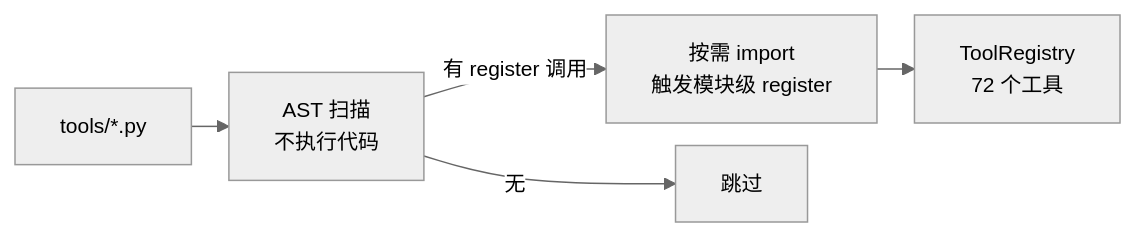
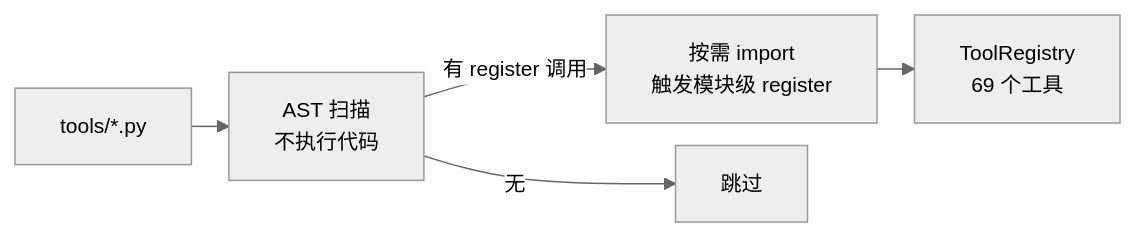
One commit to fang-lin/hermes-agent-code-analysis changed the first of 5 diagrams in docs/zh/03-工具系统.md. Above: the diagram before and after it, drawn with Mermaid. The commit also changed other lines of this file and 3 other files, not shown here.

````diff
--- a/docs/zh/03-工具系统.md
+++ b/docs/zh/03-工具系统.md
@@ -134,8 +139,8 @@
 ```mermaid
 %%{init: {"theme": "neutral", "themeVariables": {"fontSize": "14px"}, "flowchart": {"nodeSpacing": 15, "rankSpacing": 25}}}%%
 flowchart LR
     FILES["tools/*.py"] --> AST["AST 扫描<br/>不执行代码"]
     AST -->|有 register 调用| IMPORT["按需 import<br/>触发模块级 register"]
     AST -->|无| SKIP["跳过"]
-    IMPORT --> REG["ToolRegistry<br/>72 个工具"]
+    IMPORT --> REG["ToolRegistry<br/>69 个工具"]
 ```
````
